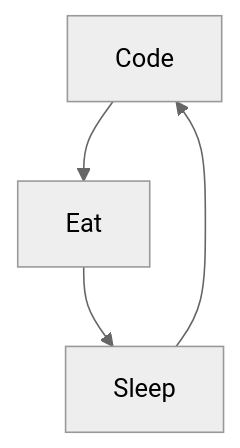
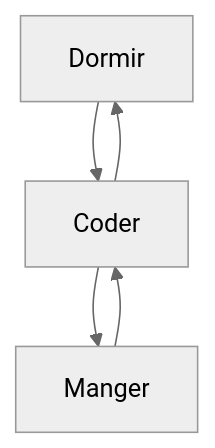
Before and after one commit to ToKuOFFI/ToKuOFFI: the diagram in README.md, drawn with Mermaid (neutral theme). The commit also changed other lines of this file, not shown here.

````diff
--- a/README.md
+++ b/README.md
@@ -24,6 +24,7 @@
 ```mermaid 
     graph TD;
-    Code-->Eat;
-    Eat-->Sleep;
-    Sleep-->Code;
+    Dormir-->Coder;
+    Coder-->Manger;
+    Manger-->Coder;
+    Coder-->Dormir;
 ```
````
